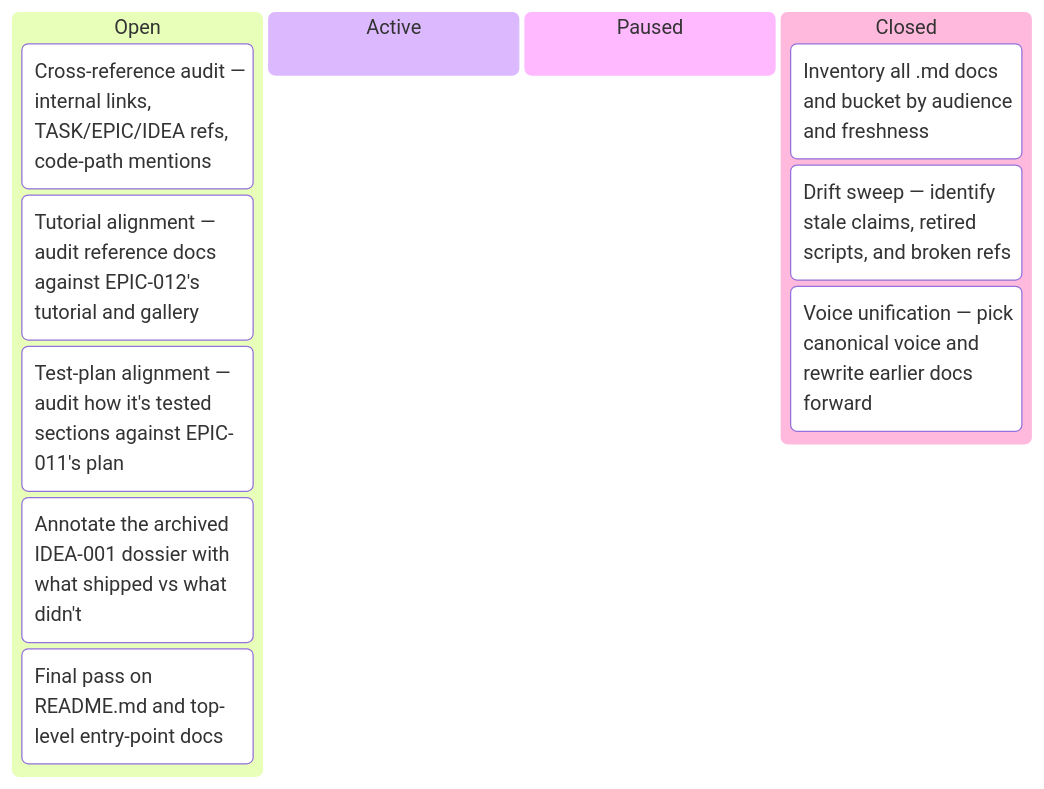
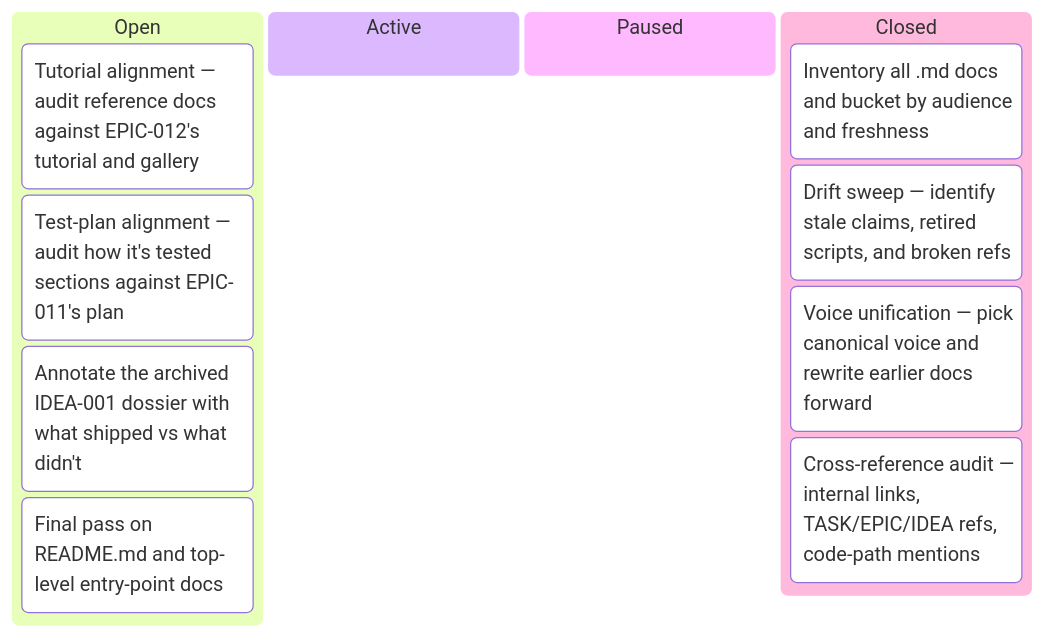
Before and after one commit to tgd1975/CircuitSmith: the second of 3 diagrams in docs/developers/tasks/KANBAN.md, drawn with Mermaid. The commit also changed other lines of this file and 18 other files, not shown here.

````diff
--- a/docs/developers/tasks/KANBAN.md
+++ b/docs/developers/tasks/KANBAN.md
@@ -33,15 +33,15 @@
 ```mermaid
 kanban
   Open
-    TASK_105["Cross-reference audit — internal links, TASK/EPIC/IDEA refs, code-path mentions"]
     TASK_106["Tutorial alignment — audit reference docs against EPIC-012's tutorial and gallery"]
     TASK_107["Test-plan alignment — audit how it's tested sections against EPIC-011's plan"]
     TASK_108["Annotate the archived IDEA-001 dossier with what shipped vs what didn't"]
     TASK_109["Final pass on README.md and top-level entry-point docs"]
   Active
   Paused
   Closed
     TASK_102["Inventory all .md docs and bucket by audience and freshness"]
     TASK_103["Drift sweep — identify stale claims, retired scripts, and broken refs"]
     TASK_104["Voice unification — pick canonical voice and rewrite earlier docs forward"]
+    TASK_105["Cross-reference audit — internal links, TASK/EPIC/IDEA refs, code-path mentions"]
 ```
````
